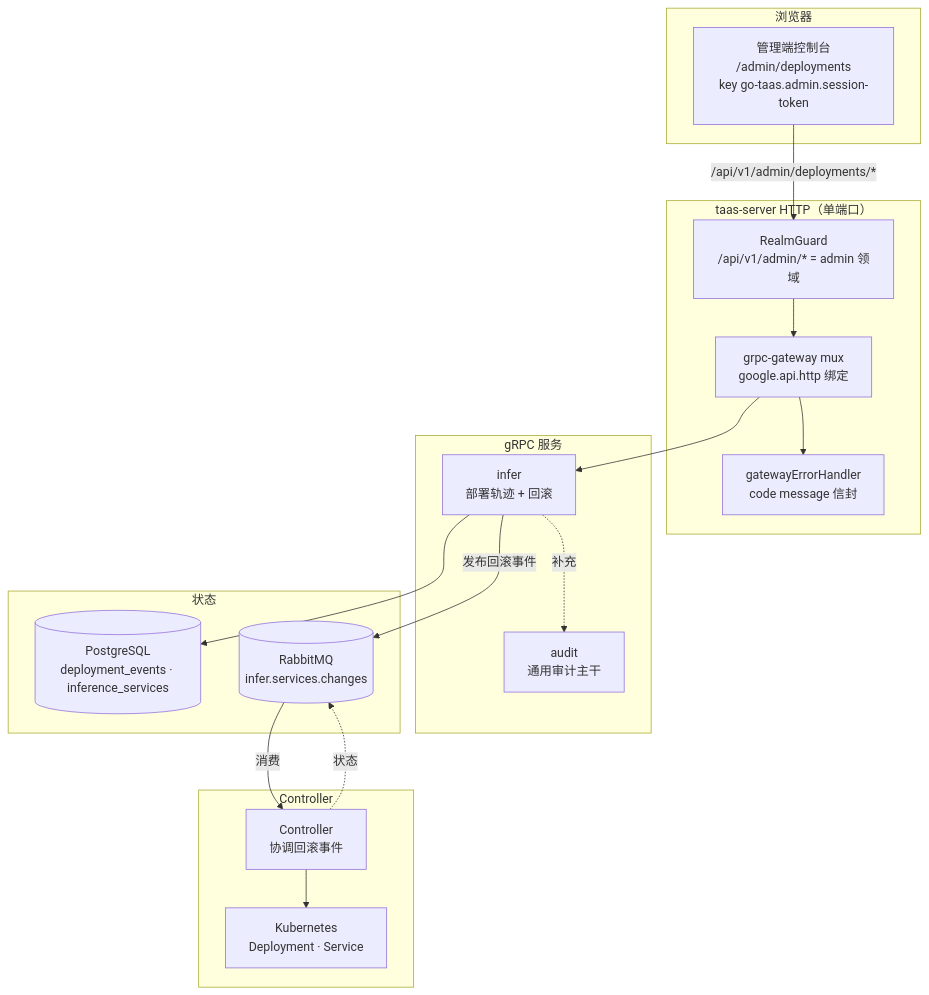
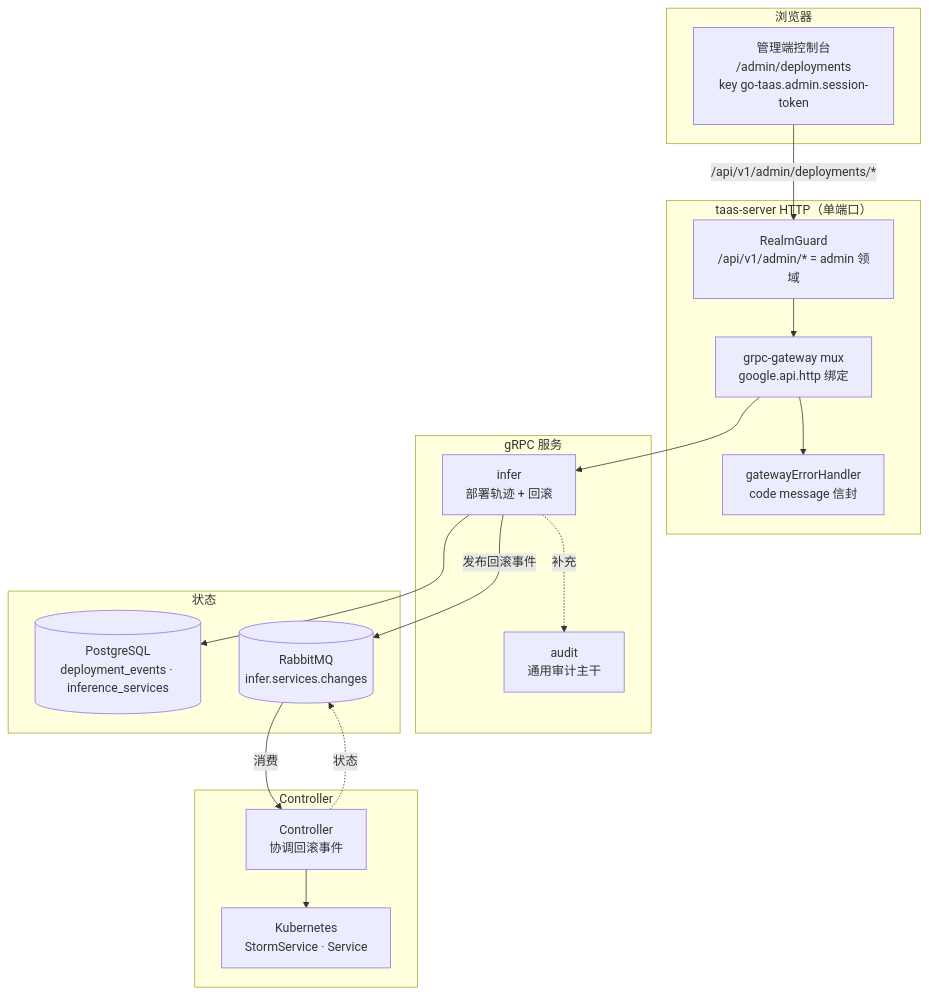
The first of 2 diagrams in site/docs/architecture/deployment-history-audit.zh-cn.md (go-taas/go-taas), drawn with Mermaid before and after one commit. The commit also changed other lines of this file and 41 other files, not shown here.

````diff
--- a/site/docs/architecture/deployment-history-audit.zh-cn.md
+++ b/site/docs/architecture/deployment-history-audit.zh-cn.md
@@ -65,38 +65,38 @@
 ```mermaid
 flowchart TD
     subgraph browsers["浏览器"]
         AC["管理端控制台<br/>/admin/deployments<br/>key go-taas.admin.session-token"]
     end
 
     subgraph gateway["taas-server HTTP（单端口）"]
         GUARD["RealmGuard<br/>/api/v1/admin/* = admin 领域"]
         MUX["grpc-gateway mux<br/>google.api.http 绑定"]
         ERR["gatewayErrorHandler<br/>code message 信封"]
     end
 
     subgraph services["gRPC 服务"]
         INF["infer<br/>部署轨迹 + 回滚"]
         AUD["audit<br/>通用审计主干"]
     end
 
     subgraph ctrl["Controller"]
         CTRL["Controller<br/>协调回滚事件"]
-        K8S["Kubernetes<br/>Deployment · Service"]
+        K8S["Kubernetes<br/>StormService · Service"]
     end
 
     subgraph stores["状态"]
         PG[("PostgreSQL<br/>deployment_events · inference_services")]
         MQ[("RabbitMQ<br/>infer.services.changes")]
     end
 
     AC -->|"/api/v1/admin/deployments/*"| GUARD
     GUARD --> MUX
     MUX --> ERR
     MUX --> INF
     INF --> PG
     INF -->|"发布回滚事件"| MQ
     MQ -->|"消费"| CTRL
     CTRL --> K8S
     CTRL -.->|"状态"| MQ
     INF -.->|"补充"| AUD
 ```
````
